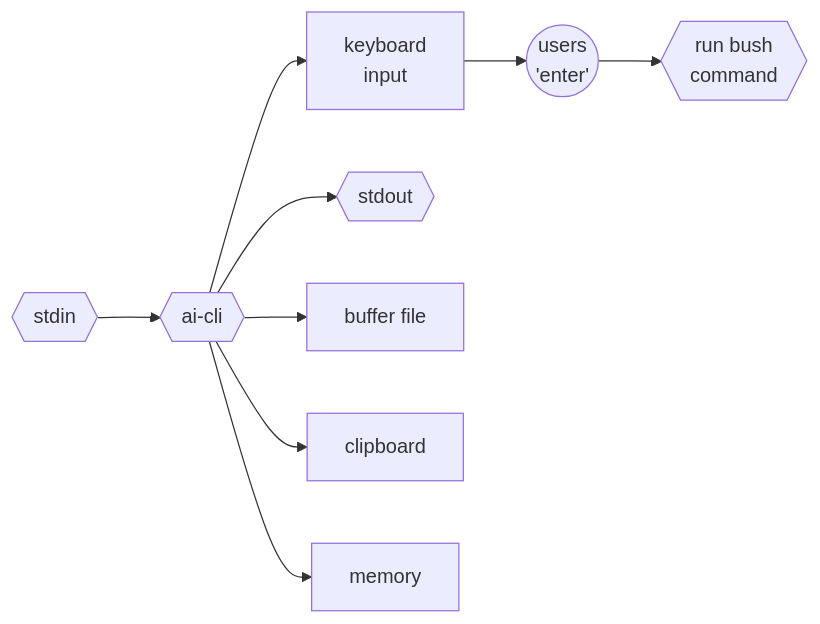
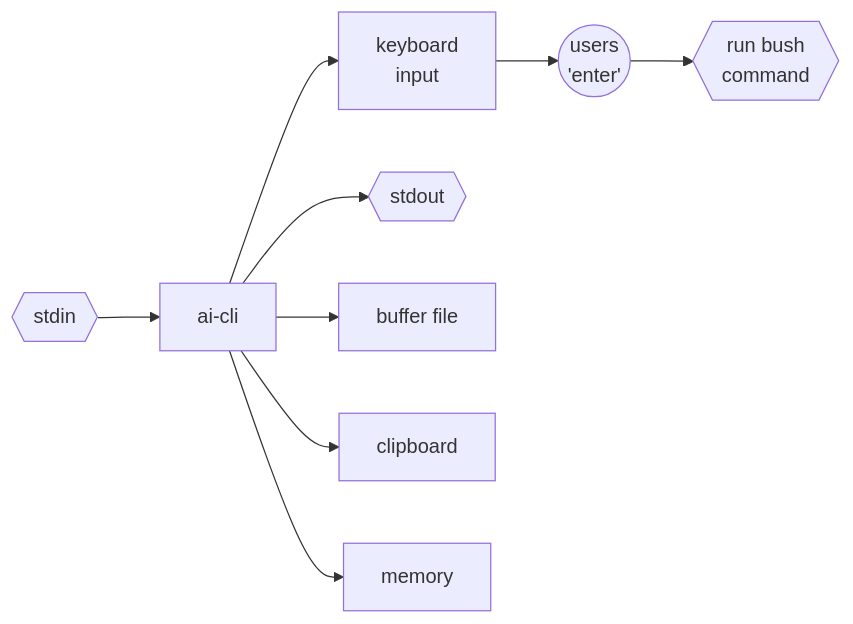
Before and after one commit to johnthesmith/ai-cli: the first of 2 diagrams in README.md, drawn with Mermaid.

Commit message:
Auto commit

````diff
--- a/README.md
+++ b/README.md
@@ -30,16 +30,16 @@
 ```mermaid
 flowchart LR    
     keyboard[ keyboard \n input ]
     stdout{{stdout}}
     stdin{{stdin}}
     buffer[buffer file] 
     clipboard
     memory
-    ai{{ai-cli}}
+    ai[ai-cli]
     bash{{ run bush \n command}}
 
 
     user((users \n 'enter'))
     keyboard --> user --> bash
     stdin --> ai --> keyboard & stdout & memory & buffer & clipboard
 ```
````
